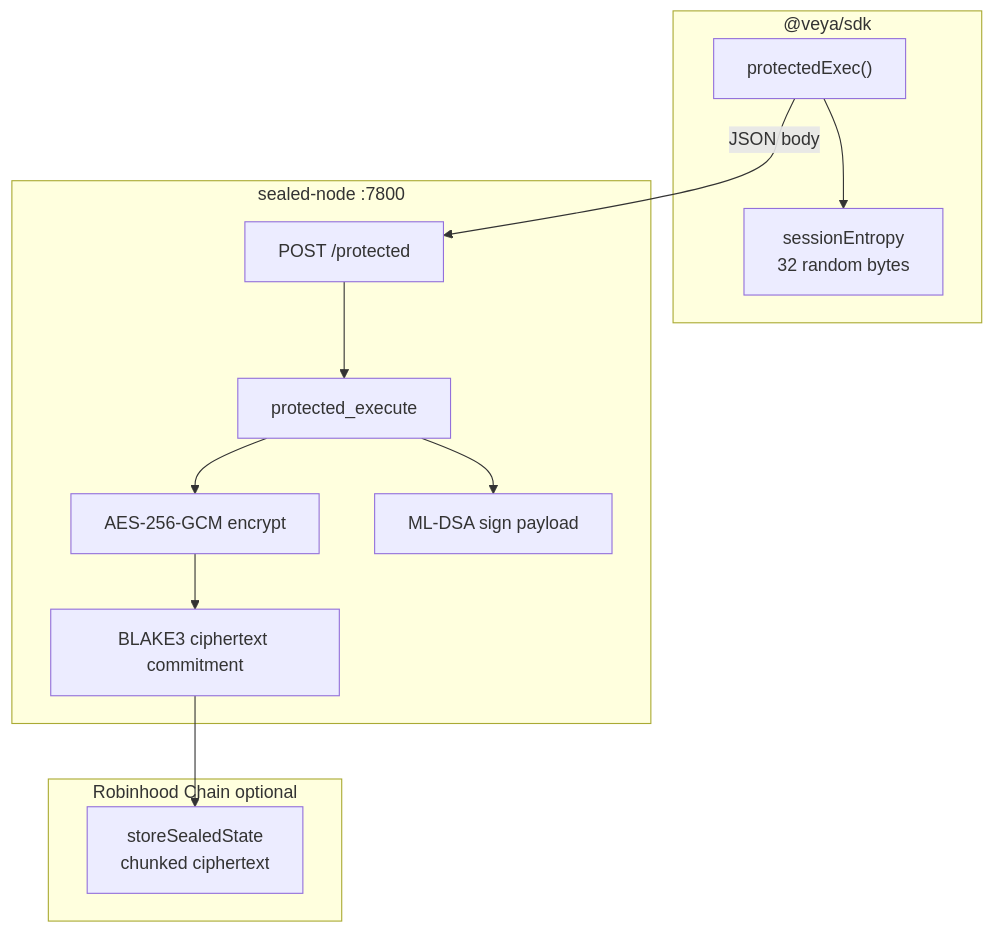
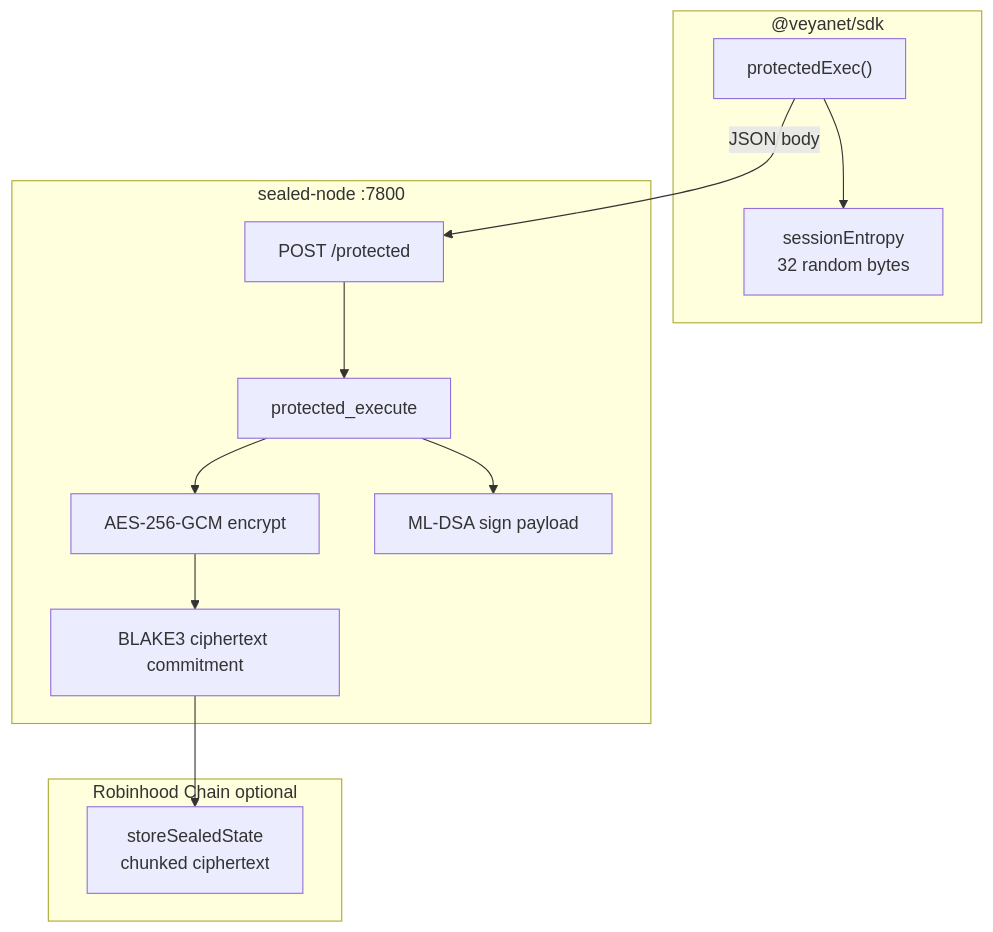
Before and after one commit to veyanet/veya-sdk: the first of 3 diagrams in docs/sdk/sealed-execution.md, drawn with Mermaid. The commit also changed other lines of this file and 34 other files, not shown here.

Commit message:
refactor(sdk): update package scope to @veyanet/sdk

````diff
--- a/docs/sdk/sealed-execution.md
+++ b/docs/sdk/sealed-execution.md
@@ -73,27 +73,27 @@
 ```mermaid
 flowchart TB
-    subgraph Client["@veya/sdk"]
+    subgraph Client["@veyanet/sdk"]
         PE["protectedExec()"]
         ENT["sessionEntropy\n32 random bytes"]
     end
 
     subgraph Node["sealed-node :7800"]
         HTTP["POST /protected"]
         SEAL["protected_execute"]
         AES["AES-256-GCM encrypt"]
         B3["BLAKE3 ciphertext commitment"]
         ML["ML-DSA sign payload"]
     end
 
     subgraph Chain["Robinhood Chain optional"]
         SS["storeSealedState\nchunked ciphertext"]
     end
 
     PE --> ENT
     PE -->|"JSON body"| HTTP
     HTTP --> SEAL
     SEAL --> AES
     AES --> B3
     SEAL --> ML
     B3 --> SS
 ```
````
